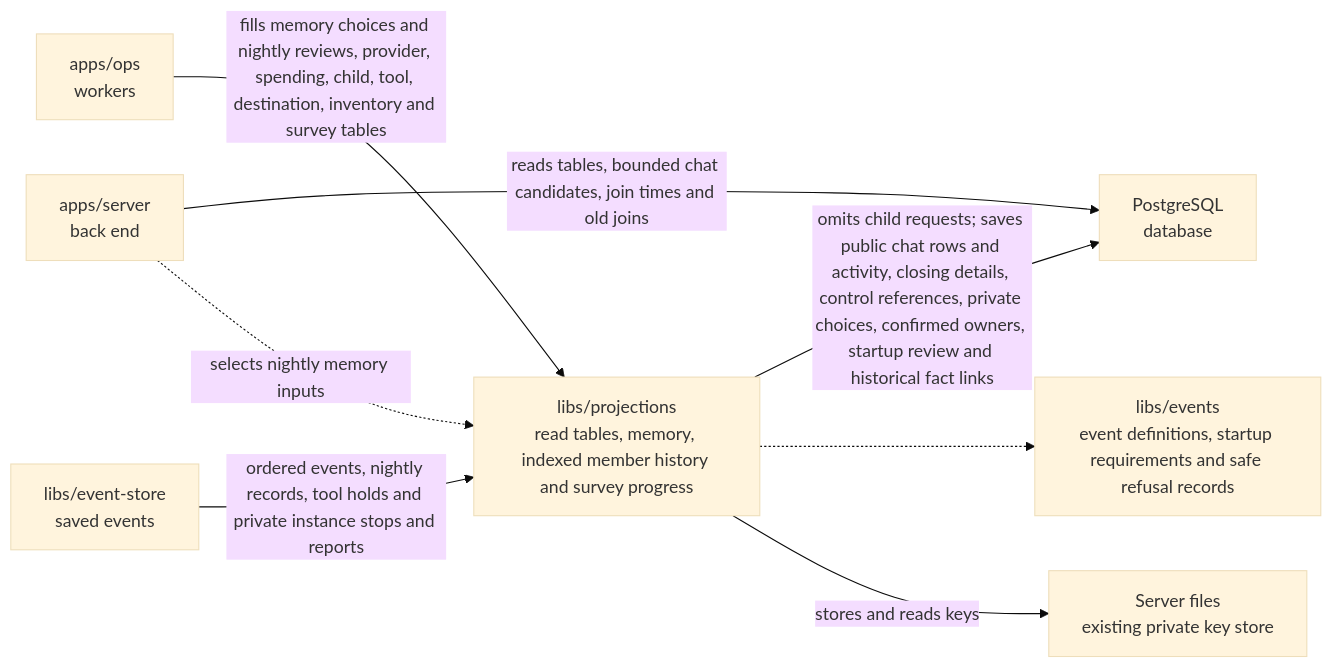
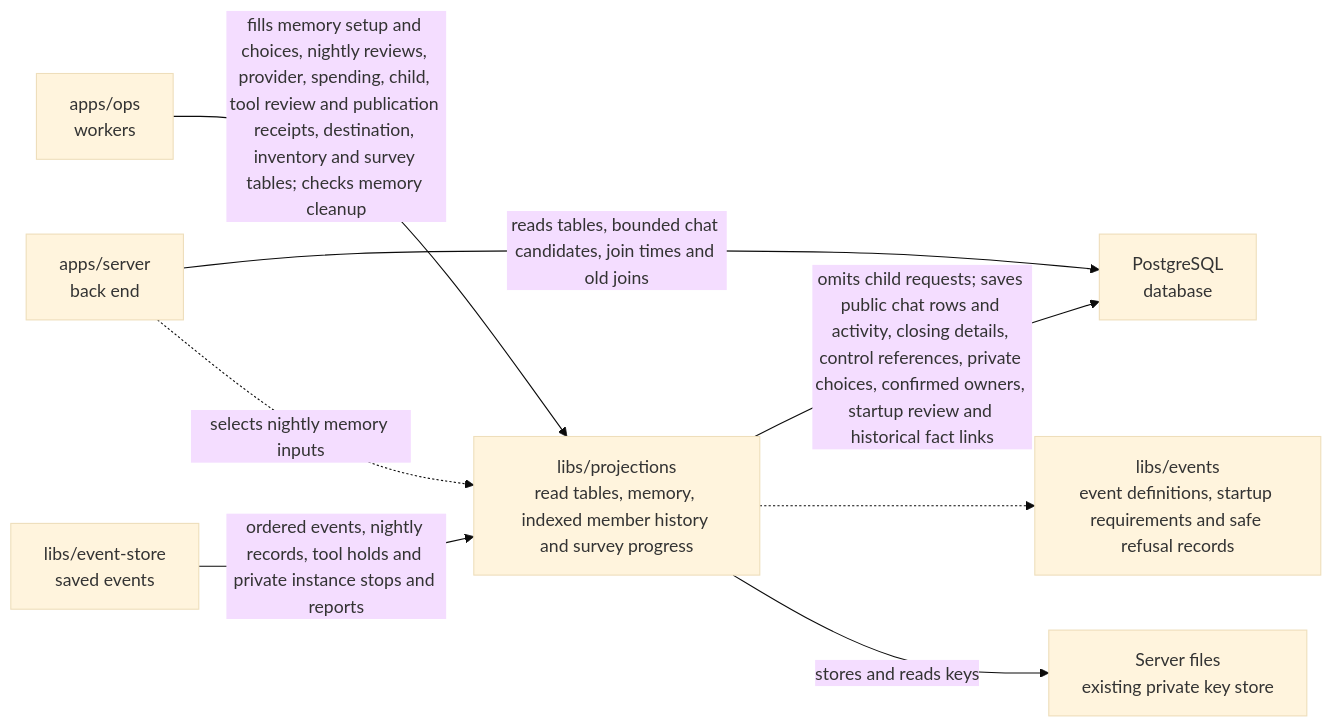
One commit to elewa-git/opencrane-new changed the diagram in libs/projections/README.md. Above: the diagram before and after it, drawn with Mermaid (base theme). The commit also changed other lines of this file and 22 other files, not shown here.

Commit message:
📡 Save one live gateway receipt for each tool publication

````diff
--- a/libs/projections/README.md
+++ b/libs/projections/README.md
@@ -23,10 +23,10 @@
 ```mermaid
 flowchart LR
-  ops["apps/ops<br/>workers"] -->|fills memory choices and nightly reviews, provider, spending, child, tool, destination, inventory and survey tables| projections["libs/projections<br/>read tables, memory, indexed member history and survey progress"]
+  ops["apps/ops<br/>workers"] -->|fills memory setup and choices, nightly reviews, provider, spending, child, tool review and publication receipts, destination, inventory and survey tables; checks memory cleanup| projections["libs/projections<br/>read tables, memory, indexed member history and survey progress"]
   server["apps/server<br/>back end"] -->|reads tables, bounded chat candidates, join times and old joins| pg["PostgreSQL<br/>database"]
   projections -->|omits child requests; saves public chat rows and activity, closing details, control references, private choices, confirmed owners, startup review and historical fact links| pg
   store["libs/event-store<br/>saved events"] -->|ordered events, nightly records, tool holds and private instance stops and reports| projections
   server -.->|selects nightly memory inputs| projections
   projections -.-> events["libs/events<br/>event definitions, startup requirements and safe refusal records"]
   projections -->|stores and reads keys| keys["Server files<br/>existing private key store"]
 ```
````
